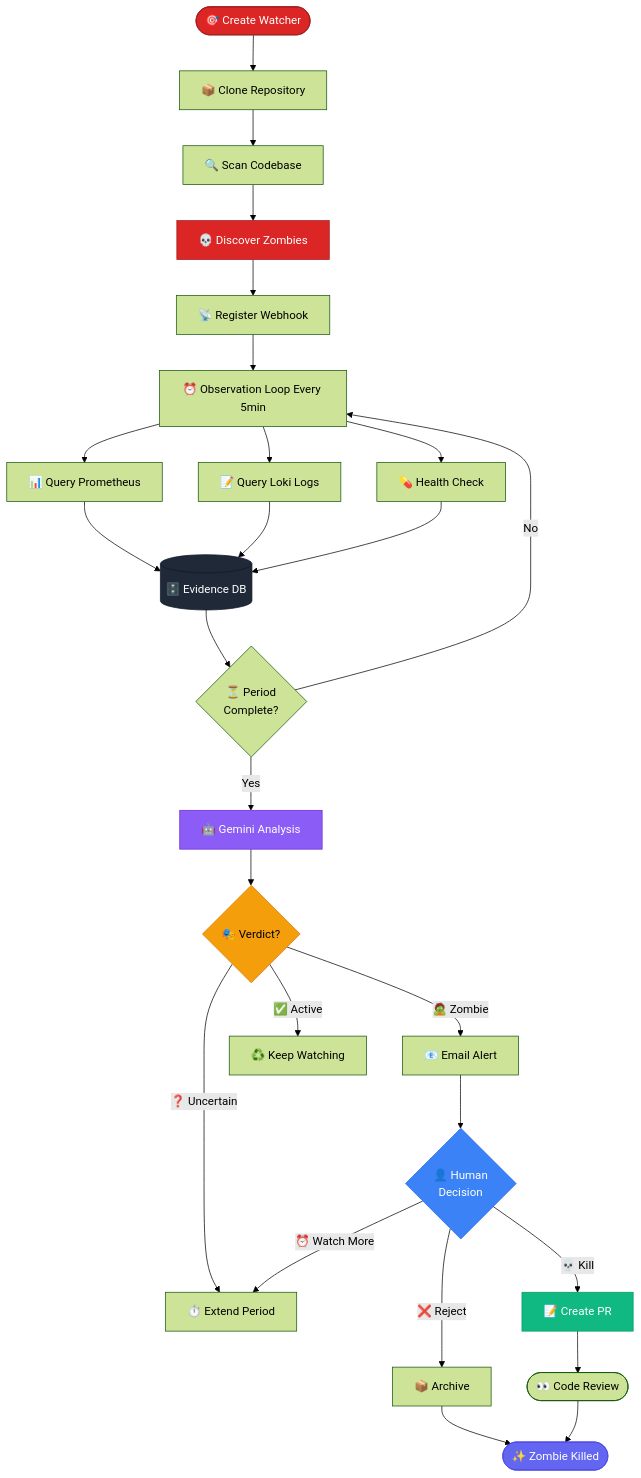
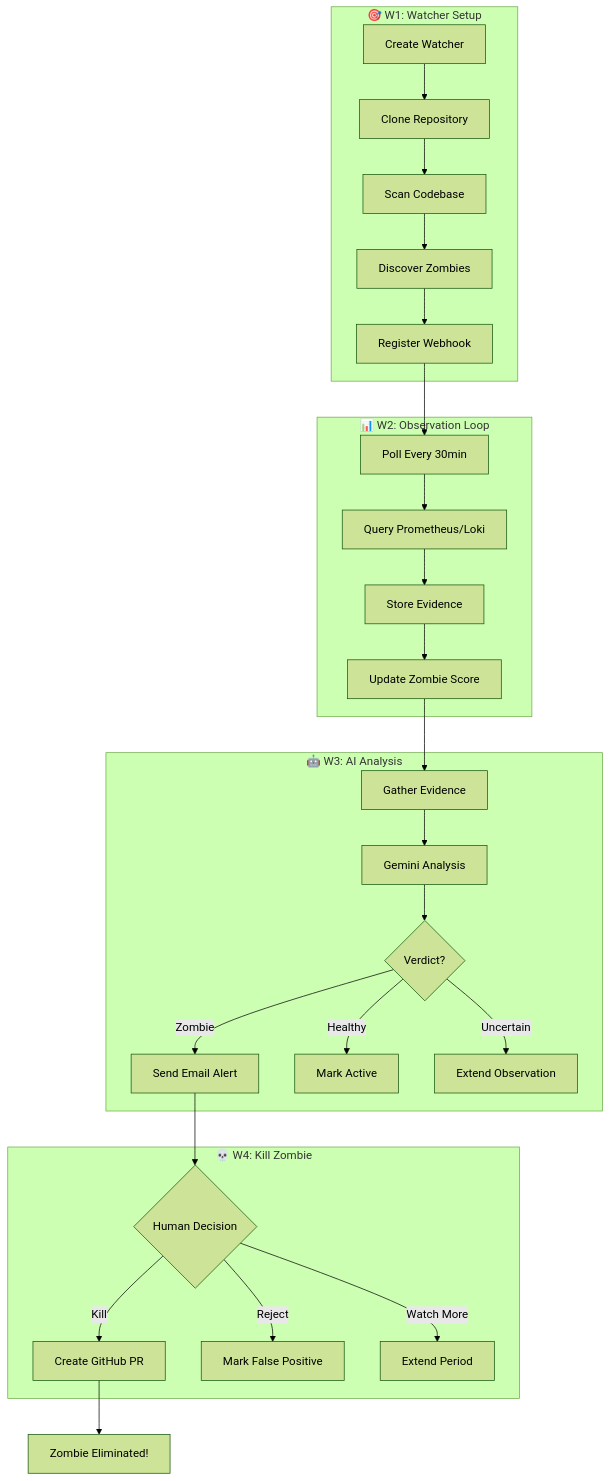
One commit to thisiskuhan/services_doomsday changed the diagram in README.md. Above: the diagram before and after it, drawn with Mermaid (forest theme). The commit also changed other lines of this file, not shown here.

Commit message:
How It Works - README

````diff
--- a/README.md
+++ b/README.md
@@ -66,43 +66,35 @@
 ```mermaid
 graph TB
-    Start([🎯 Create Watcher]) --> Clone[📦 Clone Repository]
-    Clone --> Scan[🔍 Scan Codebase]
-    Scan --> Discover[💀 Discover Zombies]
-    Discover --> Register[📡 Register Webhook]
-    Register --> Monitor[⏰ Observation Loop Every 5min]
+    subgraph W1["🎯 W1: Watcher Setup"]
+        Start[Create Watcher] --> Clone[Clone Repository]
+        Clone --> Scan[Scan Codebase]
+        Scan --> Discover[Discover Zombies]
+        Discover --> Register[Register Webhook]
+    end
     
-    Monitor --> Prometheus[📊 Query Prometheus]
-    Monitor --> Loki[📝 Query Loki Logs]
-    Monitor --> Health[💊 Health Check]
+    subgraph W2["📊 W2: Observation Loop"]
+        Monitor[Poll Every 30min] --> Query[Query Prometheus/Loki]
+        Query --> Store[Store Evidence]
+        Store --> Score[Update Zombie Score]
+    end
     
-    Prometheus --> Evidence[(🗄️ Evidence DB)]
-    Loki --> Evidence
-    Health --> Evidence
+    subgraph W3["🤖 W3: AI Analysis"]
+        Analyze[Gather Evidence] --> LLM[Gemini Analysis]
+        LLM --> Verdict{Verdict?}
+        Verdict -->|Zombie| Email[Send Email Alert]
+        Verdict -->|Healthy| Keep[Mark Active]
+        Verdict -->|Uncertain| Extend[Extend Observation]
+    end
     
-    Evidence --> Wait{⏳ Period<br/>Complete?}
-    Wait -->|No| Monitor
-    Wait -->|Yes| AI[🤖 Gemini Analysis]
+    subgraph W4["💀 W4: Kill Zombie"]
+        Human{Human Decision}
+        Human -->|Kill| PR[Create GitHub PR]
+        Human -->|Reject| Archive[Mark False Positive]
+        Human -->|Watch More| Back[Extend Period]
+    end
     
-    AI --> Verdict{🎭 Verdict?}
-    Verdict -->|🧟 Zombie| Alert[📧 Email Alert]
-    Verdict -->|✅ Active| Continue[♻️ Keep Watching]
-    Verdict -->|❓ Uncertain| Extend[⏱️ Extend Period]
-    
-    Alert --> Human{👤 Human<br/>Decision}
-    Human -->|💀 Kill| PR[📝 Create PR]
-    Human -->|❌ Reject| Archive[📦 Archive]
-    Human -->|⏰ Watch More| Extend
-    
-    PR --> Review([👀 Code Review])
-    Archive --> End([✨ Zombie Killed])
-    Review --> End
-    
-    style Start fill:#dc2626,stroke:#991b1b,color:#fff
-    style Discover fill:#dc2626,stroke:#991b1b,color:#fff
-    style AI fill:#8b5cf6,stroke:#6d28d9,color:#fff
-    style Verdict fill:#f59e0b,stroke:#d97706,color:#000
-    style Human fill:#3b82f6,stroke:#2563eb,color:#fff
-    style PR fill:#10b981,stroke:#059669,color:#fff
-    style End fill:#6366f1,stroke:#4f46e5,color:#fff
-    style Evidence fill:#1f2937,stroke:#111827,color:#fff
+    Register --> Monitor
+    Score --> Analyze
+    Email --> Human
+    PR --> Done[Zombie Eliminated!]
 ```
````
